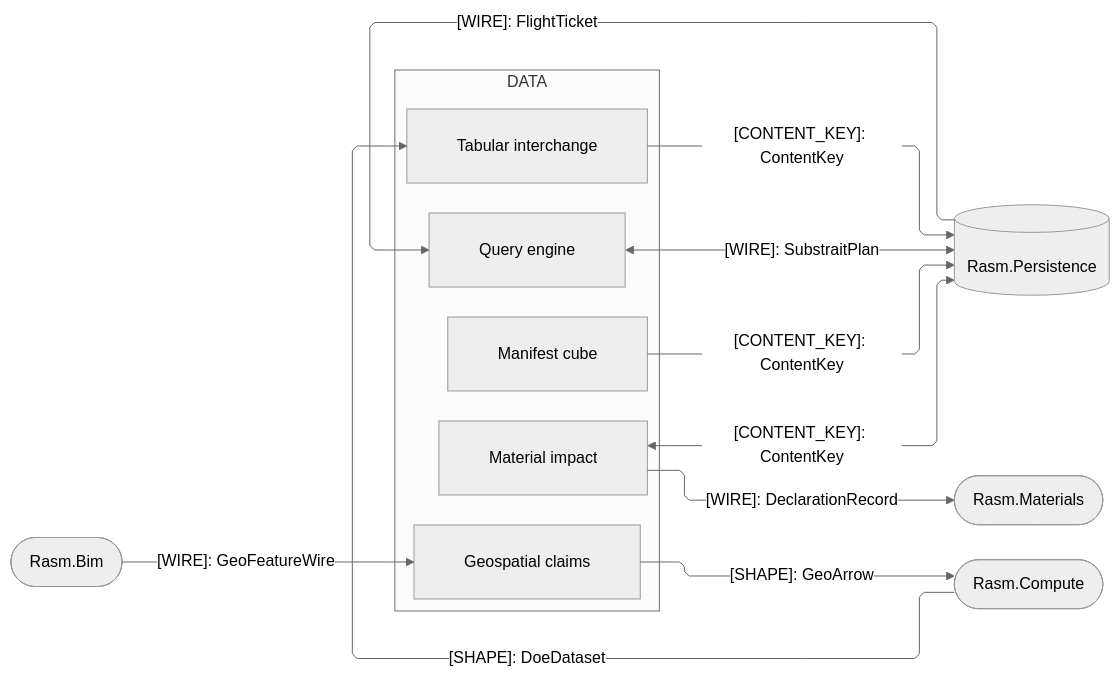
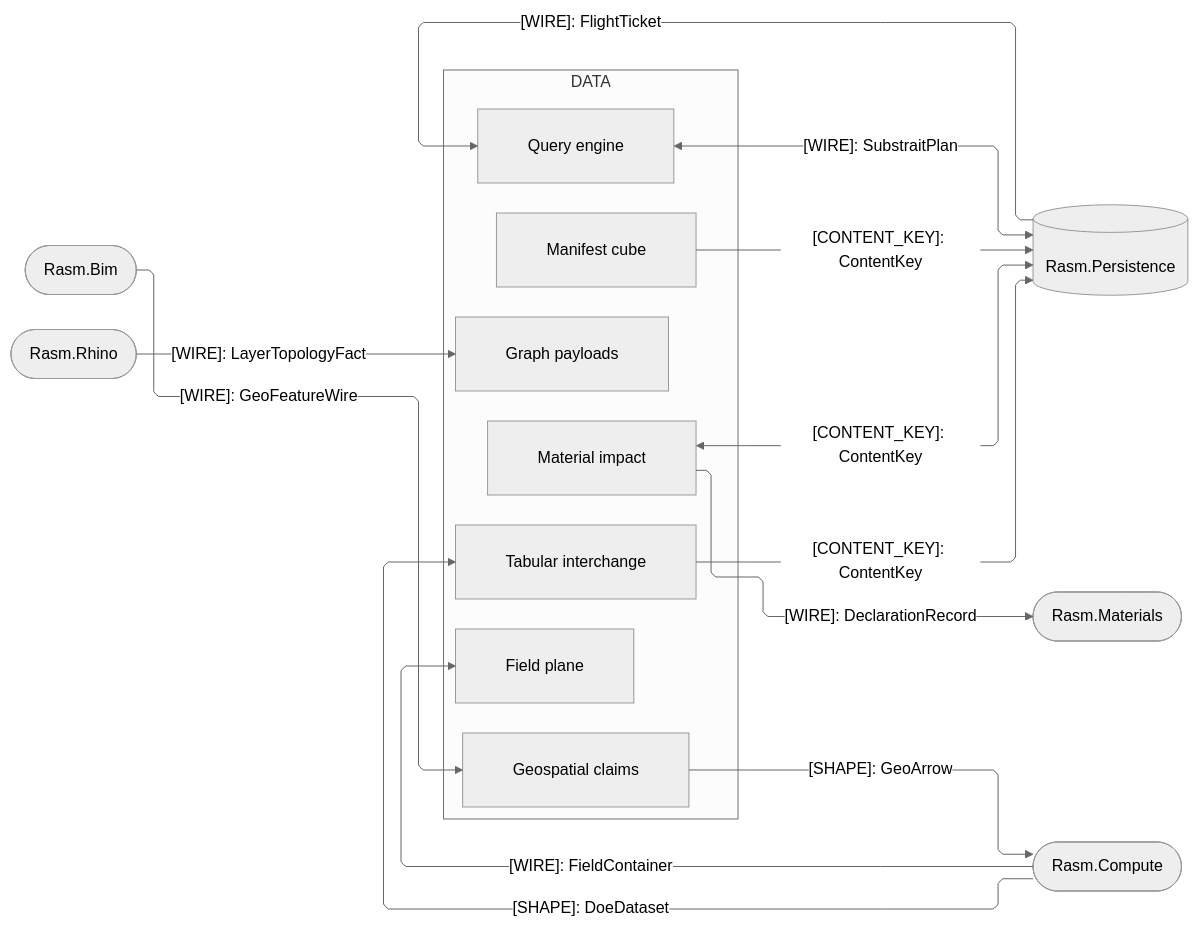
The fourth of 4 diagrams in libs/python/data/ARCHITECTURE.md (bsamiee/Rasm), drawn with Mermaid (neutral theme) before and after one commit. The commit also changed other lines of this file and 84 other files, not shown here.

First line of the commit message:
Hoist Generator.Equals to the workspace foundation, add Mapperly to Rasm.Rhino, and land the doctrine/.api/index sweep

````diff
--- a/libs/python/data/ARCHITECTURE.md
+++ b/libs/python/data/ARCHITECTURE.md
@@ -195,32 +207,37 @@
 ```mermaid
 ---
 config:
   layout: elk
   flowchart:
     curve: linear
     padding: 25
 ---
 flowchart LR
     accTitle: Data package C#-peer seam registry
     accDescr: Data sub-domain owners exchanging frame shapes, content keys, plan wires, and the environmental set with the C# peers.
     subgraph data[DATA]
         Tabular[Tabular interchange]
         Query[Query engine]
         Geospatial[Geospatial claims]
         Virtual[Manifest cube]
+        Field[Field plane]
         Impact[Material impact]
+        Graph[Graph payloads]
     end
     Persistence[(Rasm.Persistence)]
     Materials([Rasm.Materials])
     Compute([Rasm.Compute])
     Bim([Rasm.Bim])
+    Rhino([Rasm.Rhino])
     Compute e1@-->|"[SHAPE]: DoeDataset"| Tabular
+    Compute e10@-->|"[WIRE]: FieldContainer"| Field
     Geospatial e2@-->|"[SHAPE]: GeoArrow"| Compute
     Tabular e3@-->|"[CONTENT_KEY]: ContentKey"| Persistence
     Query e4@<-->|"[WIRE]: SubstraitPlan"| Persistence
     Virtual e5@-->|"[CONTENT_KEY]: ContentKey"| Persistence
     Impact e6@<-->|"[CONTENT_KEY]: ContentKey"| Persistence
     Bim e7@-->|"[WIRE]: GeoFeatureWire"| Geospatial
+    Rhino e11@-->|"[WIRE]: LayerTopologyFact"| Graph
     Persistence e8@-->|"[WIRE]: FlightTicket"| Query
     Impact e9@-->|"[WIRE]: DeclarationRecord"| Materials
 ```
````
